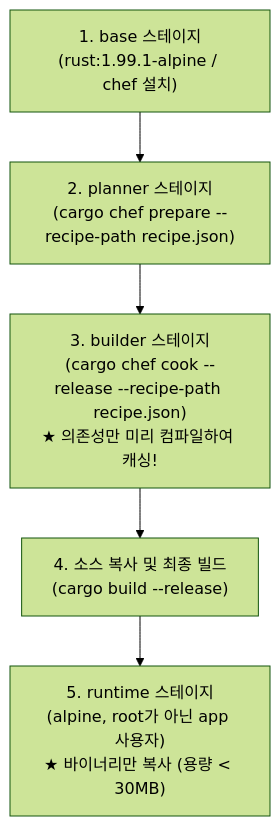
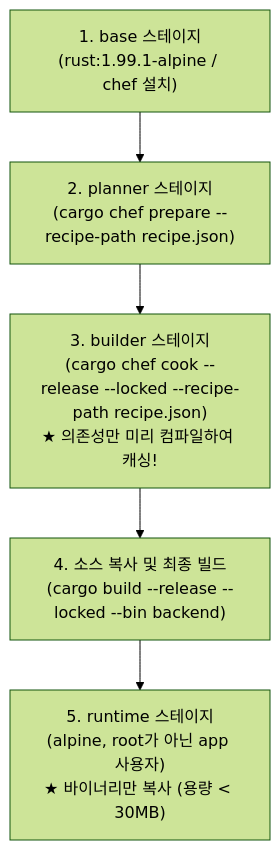
Before and after one commit to kjayvam/file-template: the first of 2 diagrams in docs/docker/build-optimization.md, drawn with Mermaid (forest theme). The commit also changed 6 other files, not shown here.

````diff
--- a/docs/docker/build-optimization.md
+++ b/docs/docker/build-optimization.md
@@ -13,10 +13,10 @@
 ```mermaid
 flowchart TD
     Base["1. base 스테이지<br/>(rust:1.99.1-alpine / chef 설치)"]
     Planner["2. planner 스테이지<br/>(cargo chef prepare --recipe-path recipe.json)"]
-    Builder["3. builder 스테이지<br/>(cargo chef cook --release --recipe-path recipe.json)<br/>★ 의존성만 미리 컴파일하여 캐싱!"]
-    CodeBuild["4. 소스 복사 및 최종 빌드<br/>(cargo build --release)"]
+    Builder["3. builder 스테이지<br/>(cargo chef cook --release --locked --recipe-path recipe.json)<br/>★ 의존성만 미리 컴파일하여 캐싱!"]
+    CodeBuild["4. 소스 복사 및 최종 빌드<br/>(cargo build --release --locked --bin backend)"]
     Runtime["5. runtime 스테이지<br/>(alpine, root가 아닌 app 사용자)<br/>★ 바이너리만 복사 (용량 < 30MB)"]
 
     Base --> Planner --> Builder --> CodeBuild --> Runtime
 ```
````
